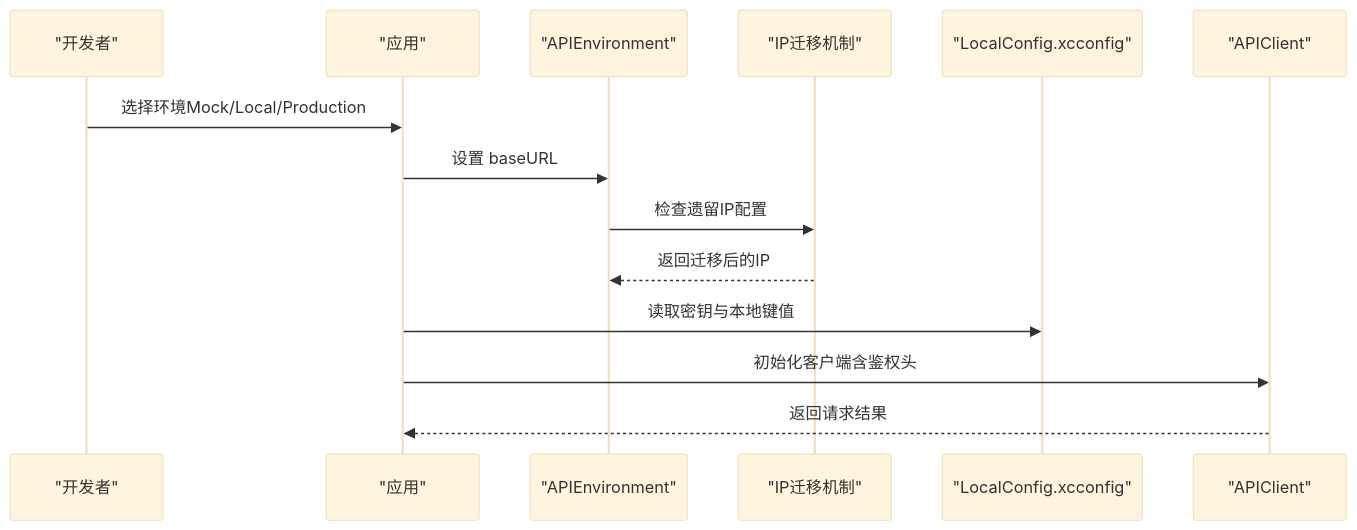
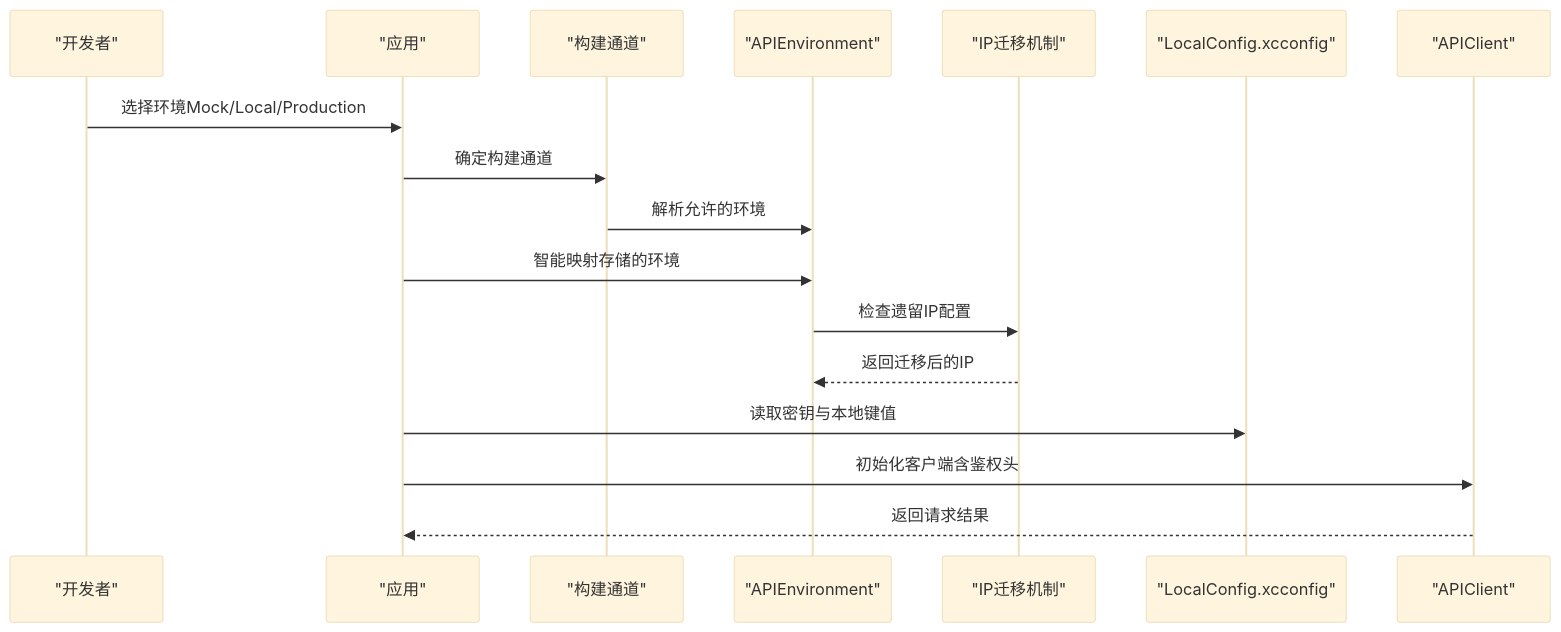
The seventh of 8 diagrams in .qoder/repowiki/zh/content/配置与部署/环境配置.md (Jayden23018/blind-run-ios), drawn with Mermaid (base theme) before and after one commit. The commit also changed other lines of this file and 20 other files, not shown here.

````diff
--- a/.qoder/repowiki/zh/content/配置与部署/环境配置.md
+++ b/.qoder/repowiki/zh/content/配置与部署/环境配置.md
@@ -264,16 +386,19 @@
 ```mermaid
 sequenceDiagram
 participant Dev as "开发者"
 participant App as "应用"
+participant Channel as "构建通道"
 participant Env as "APIEnvironment"
 participant IP as "IP迁移机制"
 participant Cfg as "LocalConfig.xcconfig"
 participant API as "APIClient"
 Dev->>App : 选择环境Mock/Local/Production
-App->>Env : 设置 baseURL
+App->>Channel : 确定构建通道
+Channel->>Env : 解析允许的环境
+App->>Env : 智能映射存储的环境
 Env->>IP : 检查遗留IP配置
 IP-->>Env : 返回迁移后的IP
 App->>Cfg : 读取密钥与本地键值
 App->>API : 初始化客户端含鉴权头
 API-->>App : 返回请求结果
 ```
````
